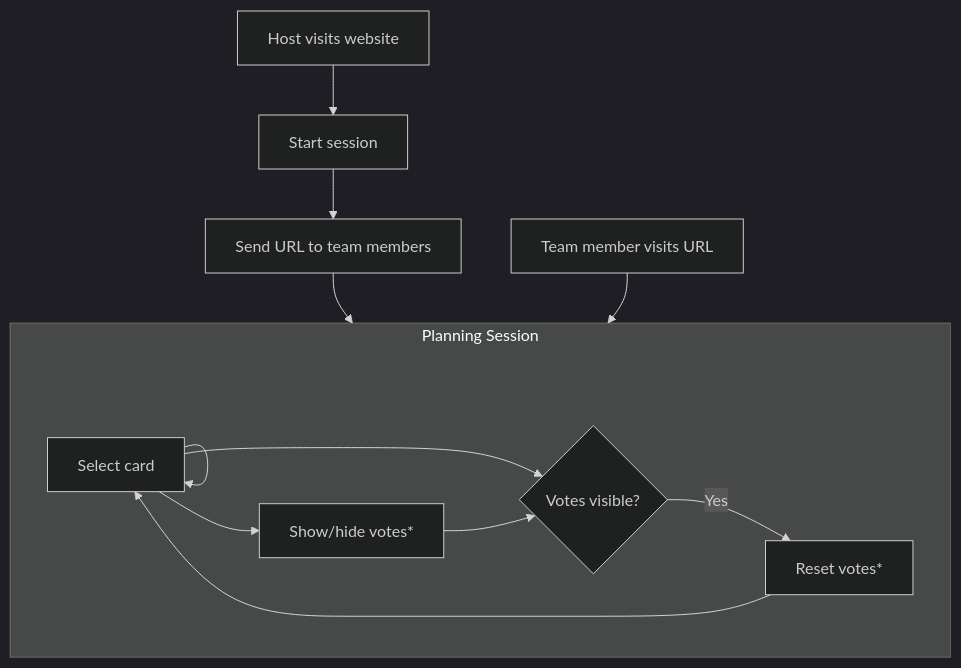
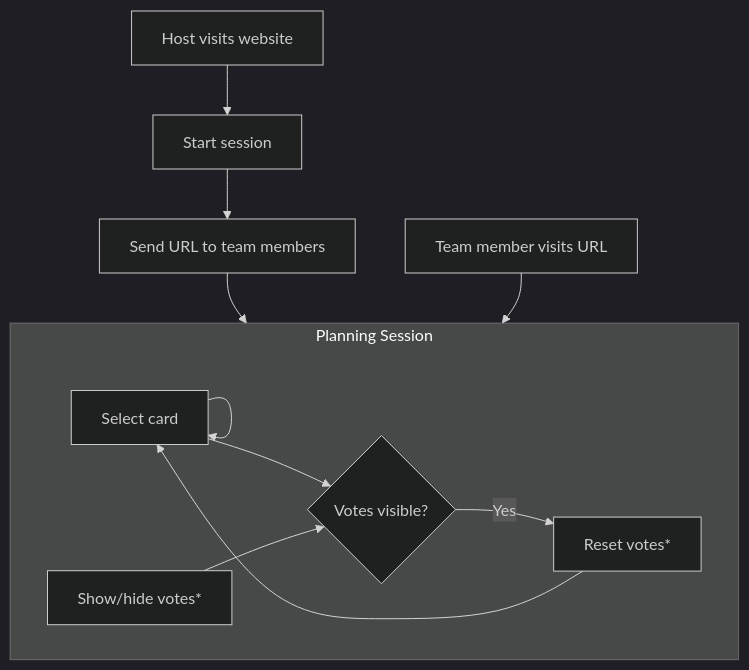
Before and after one commit to ably-labs/agile-flush-vue-app: the diagram in diagrams/functionality.mmd, drawn with Mermaid (dark theme). The commit also changed 1 other file, not shown here.

Commit message:
Update functionality diagram

```diff
--- a/diagrams/functionality.mmd
+++ b/diagrams/functionality.mmd
@@ -1,11 +1,11 @@
 flowchart TD
     step1[Host visits website]-->step2
     step2[Start session]-->step3
     step3[Send URL to team members]-->voting
     step4[Team member visits URL]-->voting
     subgraph voting [Planning Session]
-        step5[Select card]-->step5 & step6 & step7
+        step5[Select card]-->step5 &  step7
         step6[Show/hide votes*]-->step7
         step7{Votes visible?}--Yes-->step8
         step8[Reset votes*]-->step5
     end
```
